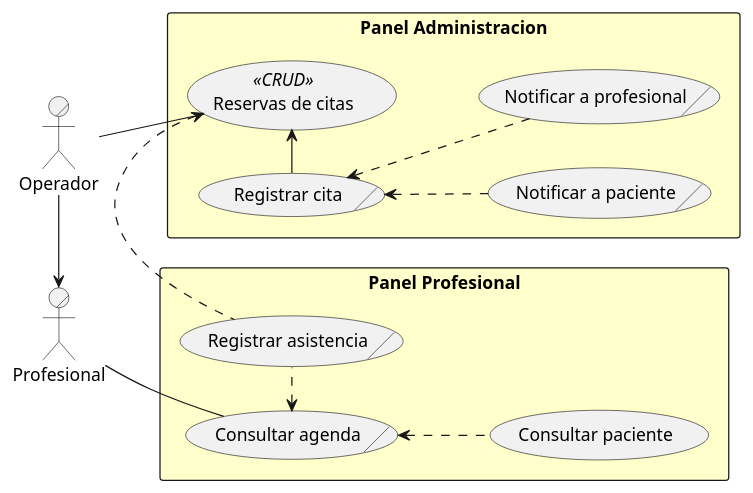
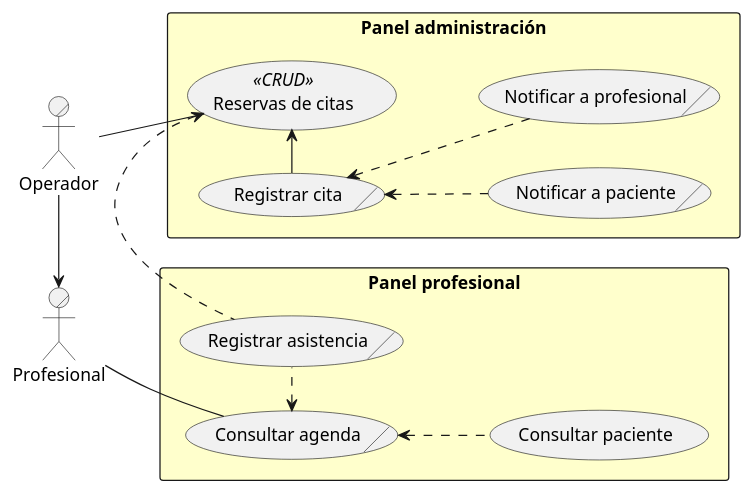
One commit to capsi-ucp/capsi-ucp.github.io changed the diagram in ROOT/modules/proyecto/puml/citas-business-usecase.puml. Above: the diagram before and after it, drawn with PlantUML.

Commit message:
Caso de uso de lógica de negocio para la reserva de citas

```diff
--- a/ROOT/modules/proyecto/puml/citas-business-usecase.puml
+++ b/ROOT/modules/proyecto/puml/citas-business-usecase.puml
@@ -1,30 +1,30 @@
 @startuml
 left to right direction
 actor/ Operador
 actor/ Profesional
 
-rectangle "Panel Administracion" #BUSINESS {
-    usecase "Reservas de citas" as AdminCitas << CRUD >>
+rectangle "Panel administración" #BUSINESS {
+    usecase "Reservas de citas" << CRUD >> as AdminCitas
     usecase/ "Registrar cita" as Citar
     usecase/ "Notificar a paciente" as NotificarPaciente
     usecase/ "Notificar a profesional" as NotificarProfesional
 }
-rectangle "Panel Profesional" #BUSINESS {
+rectangle "Panel profesional" #BUSINESS {
     usecase/ "Consultar agenda" as Agenda
     usecase "Consultar paciente" as ConsultarPaciente
     usecase/ "Registrar asistencia" as Asistencia
 }
 
 Citar -> AdminCitas
 Citar <.. NotificarPaciente
 Citar <.. NotificarProfesional
 
 AdminCitas <. Asistencia
 Agenda <. Asistencia
 
 Agenda <.. ConsultarPaciente
 
 Operador -> Profesional
 Operador -- AdminCitas
 Profesional -- Agenda
 @enduml
```
